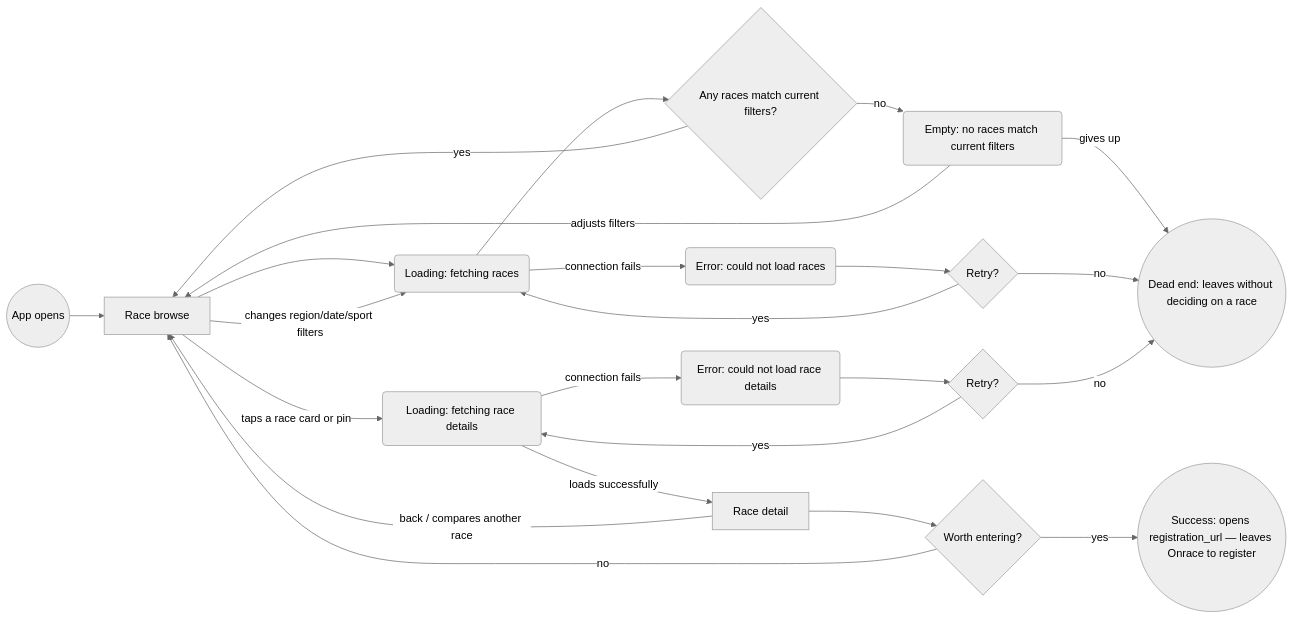
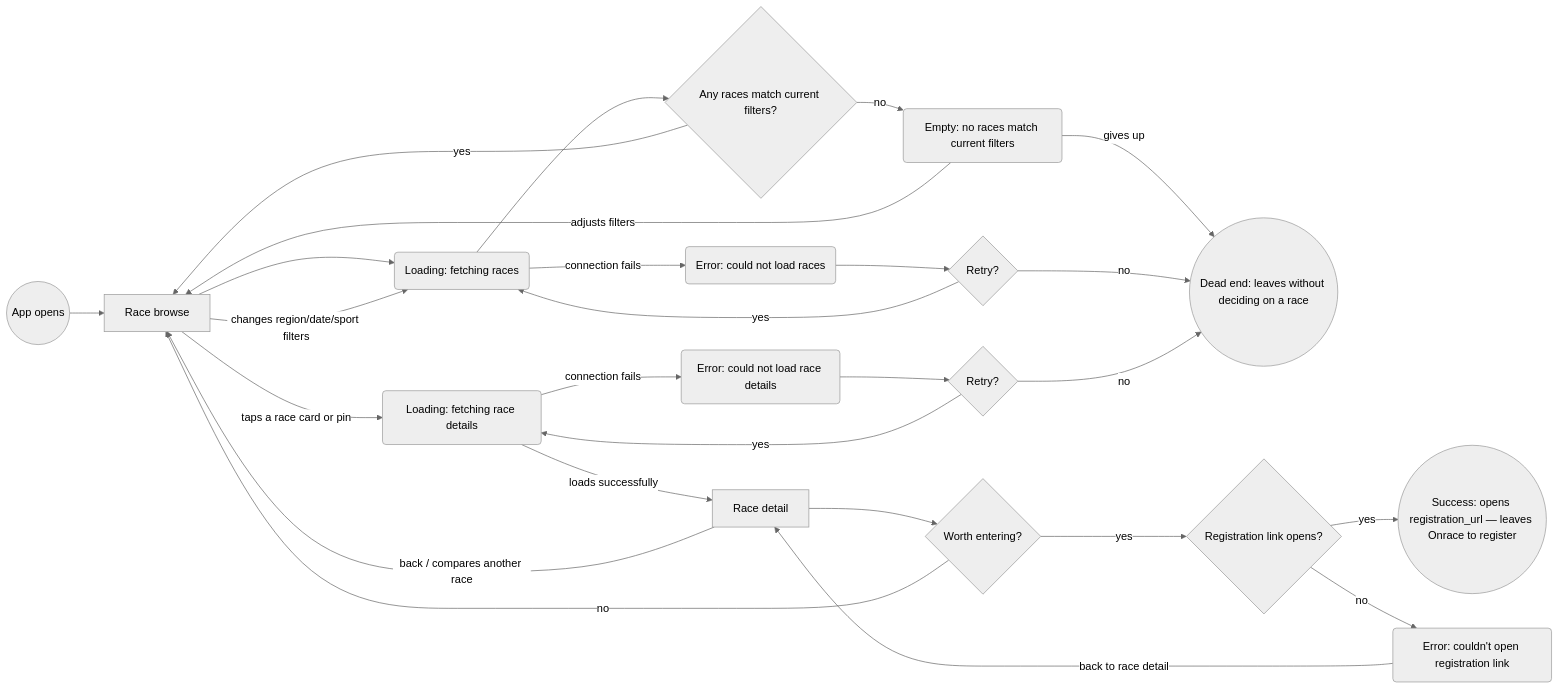
One commit to JuliaMakedonska/Onrace changed the first of 3 diagrams in flows.md. Above: the diagram before and after it, drawn with Mermaid (neutral theme). The commit also changed other lines of this file and 1 other file, not shown here.

````diff
--- a/flows.md
+++ b/flows.md
@@ -35,25 +45,28 @@
 ```mermaid
 flowchart LR
     Start(("App opens")) --> Browse["Race browse"]
     Browse --> Loading("Loading: fetching races")
     Loading --> HasResults{"Any races match current filters?"}
     HasResults -->|"no"| Empty("Empty: no races match current filters")
     Empty -->|"adjusts filters"| Browse
     Empty -->|"gives up"| DeadEnd1(("Dead end: leaves without deciding on a race"))
     HasResults -->|"yes"| Browse
     Loading -->|"connection fails"| FetchError("Error: could not load races")
     FetchError --> FetchRetry{"Retry?"}
     FetchRetry -->|"yes"| Loading
     FetchRetry -->|"no"| DeadEnd1
     Browse -->|"changes region/date/sport filters"| Loading
     Browse -->|"taps a race card or pin"| DetailLoading("Loading: fetching race details")
     DetailLoading -->|"loads successfully"| Detail["Race detail"]
     DetailLoading -->|"connection fails"| DetailError("Error: could not load race details")
     DetailError --> DetailRetry{"Retry?"}
     DetailRetry -->|"yes"| DetailLoading
     DetailRetry -->|"no"| DeadEnd1
     Detail -->|"back / compares another race"| Browse
     Detail --> WantsToEnter{"Worth entering?"}
-    WantsToEnter -->|"yes"| Success(("Success: opens registration_url — leaves Onrace to register"))
+    WantsToEnter -->|"yes"| RegLinkCheck{"Registration link opens?"}
+    RegLinkCheck -->|"yes"| Success(("Success: opens registration_url — leaves Onrace to register"))
+    RegLinkCheck -->|"no"| RegLinkError("Error: couldn't open registration link")
+    RegLinkError -->|"back to race detail"| Detail
     WantsToEnter -->|"no"| Browse
 ```
````
